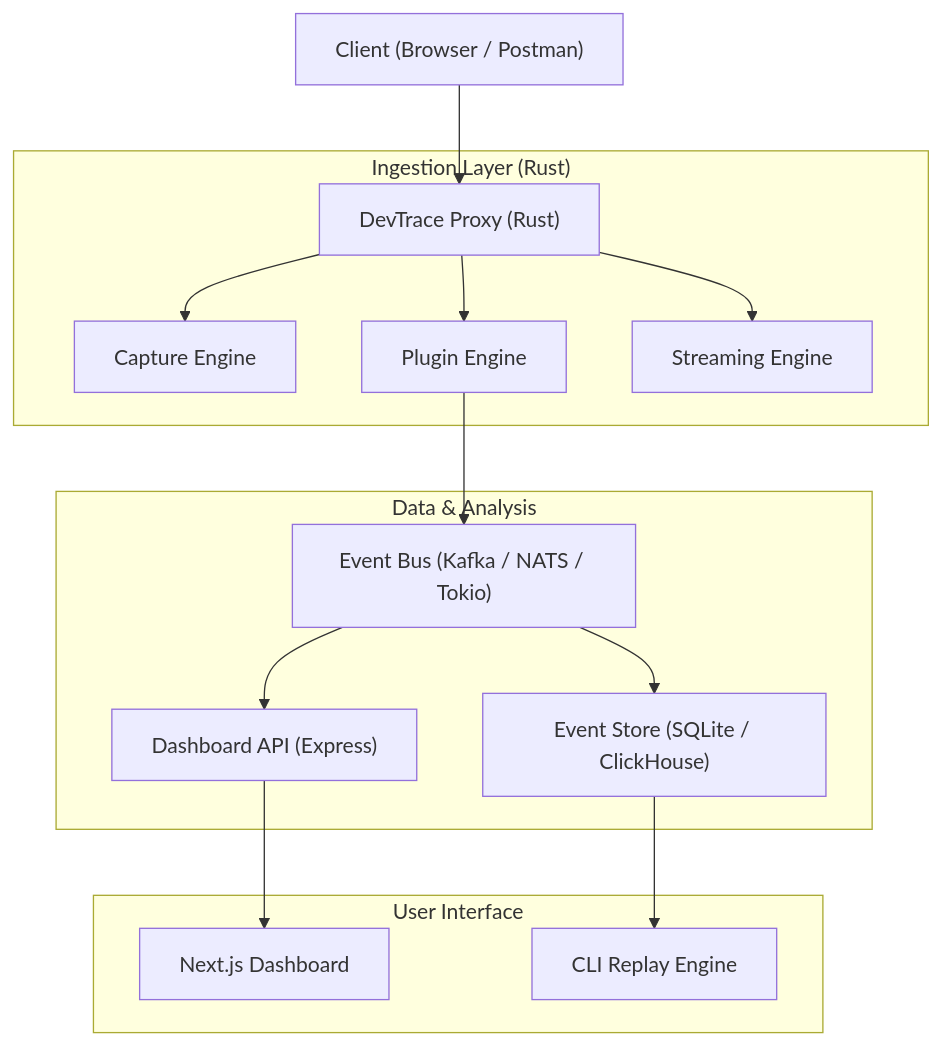
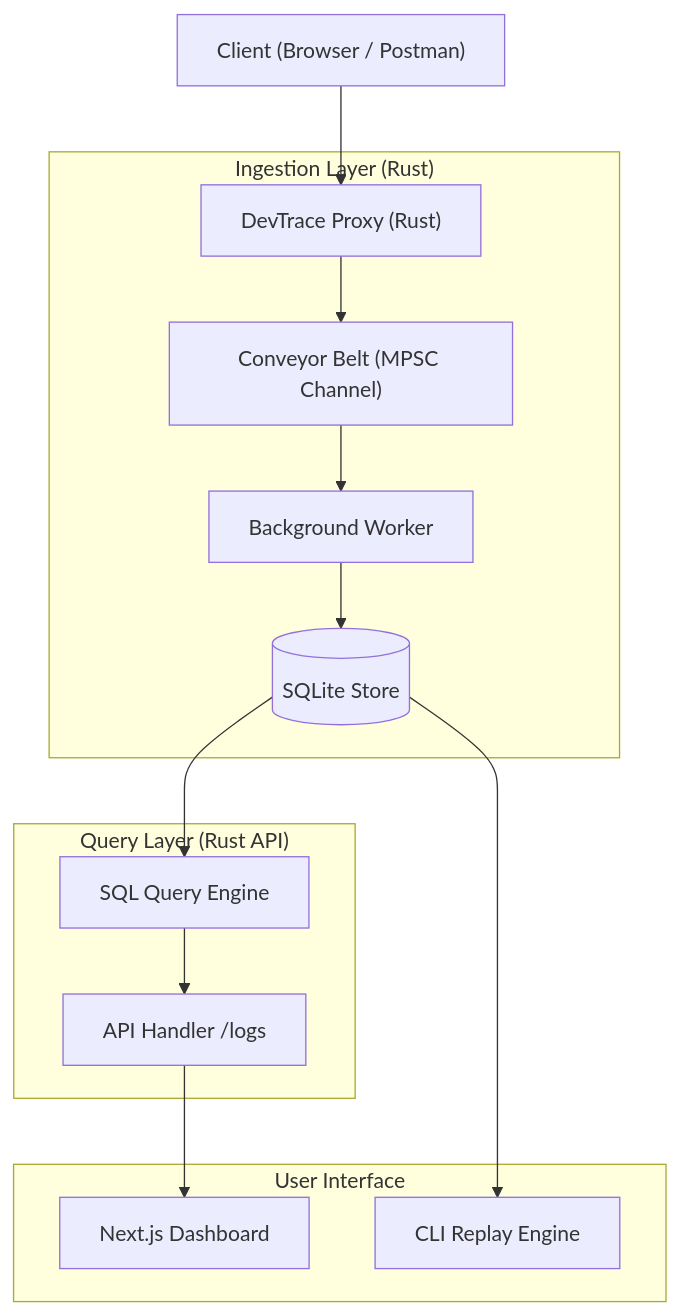
Before and after one commit to pd241008/DevTrace: the diagram in README.md, drawn with Mermaid. The commit also changed other lines of this file and 15 other files, not shown here.

First line of the commit message:
feat: Enhance logger with new API endpoints and SQLite integration

````diff
--- a/README.md
+++ b/README.md
@@ -30,21 +30,20 @@
 ```mermaid
 flowchart TD
     Client["Client (Browser / Postman)"] --> Proxy["DevTrace Proxy (Rust)"]
     
     subgraph "Ingestion Layer (Rust)"
-        Proxy --> Capture["Capture Engine"]
-        Proxy --> Plugin["Plugin Engine"]
-        Proxy --> Stream["Streaming Engine"]
+        Proxy --> Belt["Conveyor Belt (MPSC Channel)"]
+        Belt --> Worker["Background Worker"]
+        Worker --> EventStore[("SQLite Store")]
     end
 
-    subgraph "Data & Analysis"
-        Plugin --> EventBus["Event Bus (Kafka / NATS / Tokio)"]
-        EventBus --> EventStore["Event Store (SQLite / ClickHouse)"]
-        EventBus --> DashboardAPI["Dashboard API (Express)"]
+    subgraph "Query Layer (Rust API)"
+        EventStore --> SQLQuery["SQL Query Engine"]
+        SQLQuery --> APIHandler["API Handler /logs"]
     end
 
     subgraph "User Interface"
-        DashboardAPI --> WebDash["Next.js Dashboard"]
+        APIHandler --> WebDash["Next.js Dashboard"]
         EventStore --> CLIEngine["CLI Replay Engine"]
     end
 ```
````
